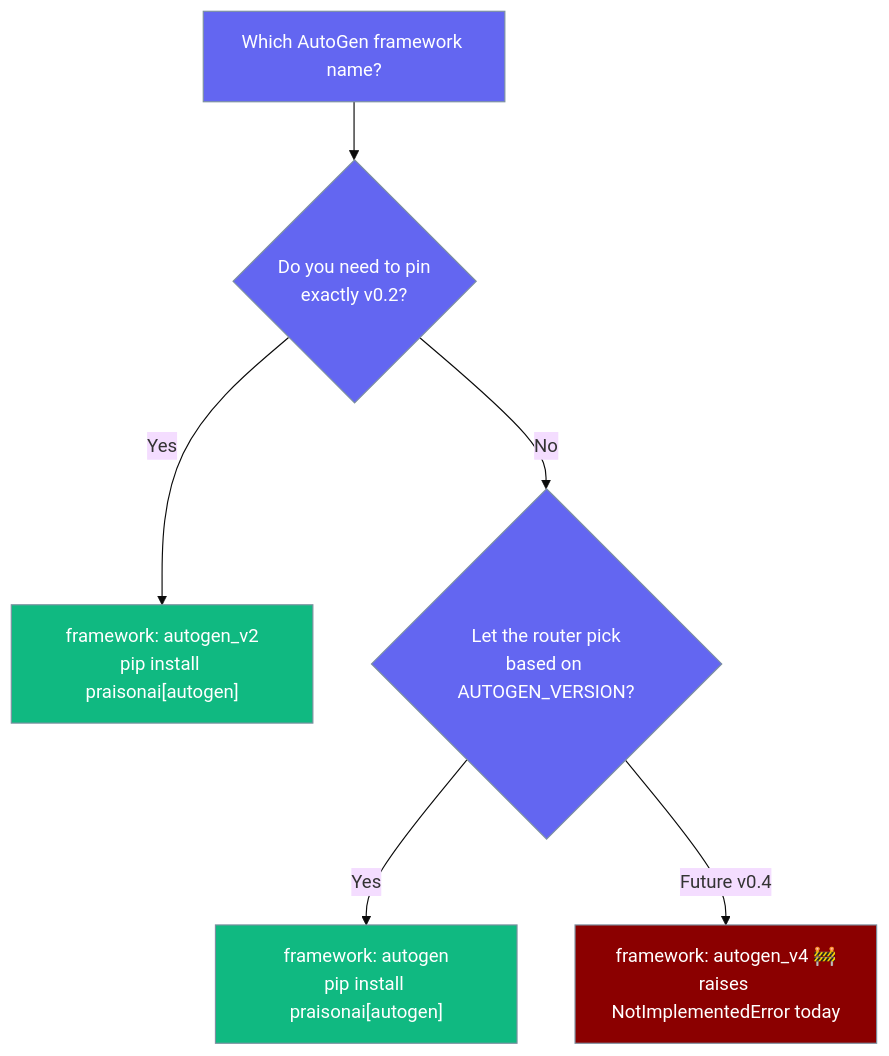
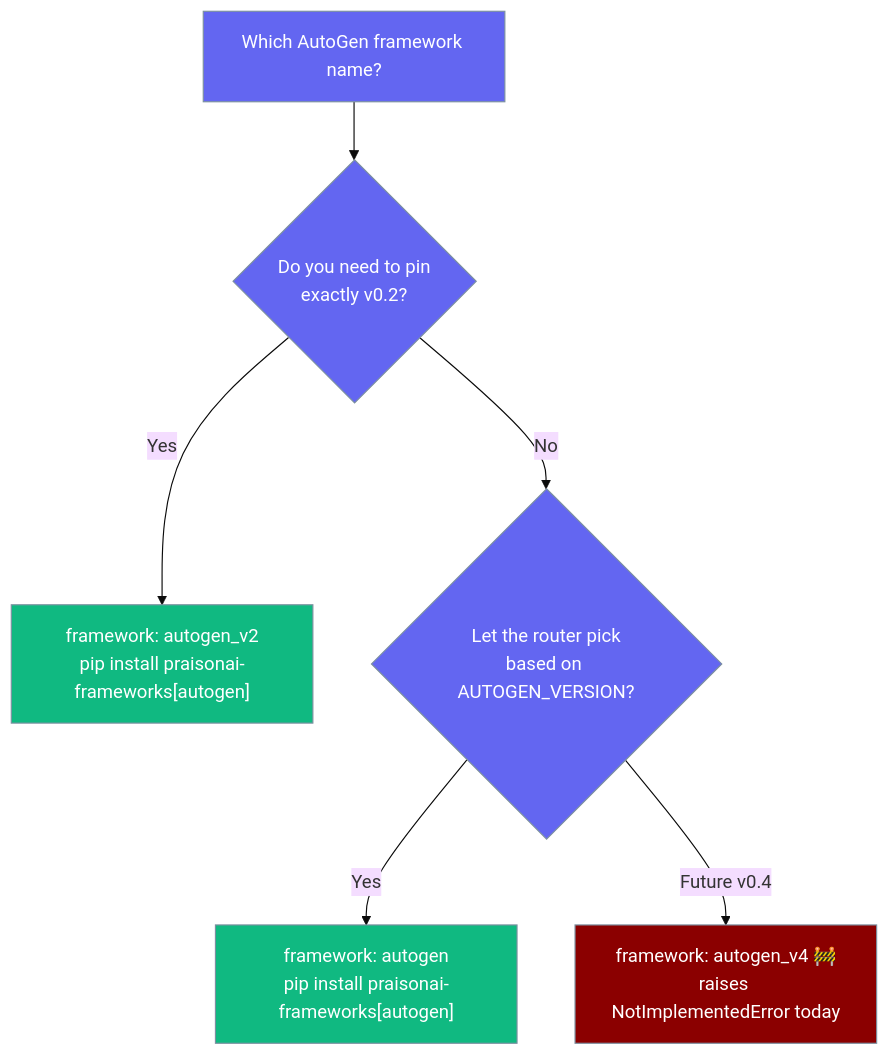
Before and after one commit to MervinPraison/PraisonAIDocs: the second of 3 diagrams in docs/framework/autogen.mdx, drawn with Mermaid (base theme). The commit also changed other lines of this file and 9 other files, not shown here.

First line of the commit message:
docs: update stale praisonai[...] install hints to praisonai-frameworks[...] (fixes #1244)

````diff
--- a/docs/framework/autogen.mdx
+++ b/docs/framework/autogen.mdx
@@ -43,16 +43,16 @@
 ```mermaid
 graph TB
     Start[Which AutoGen framework name?] --> Q1{Do you need to pin<br/>exactly v0.2?}
-    Q1 -->|Yes| A1["framework: autogen_v2<br/>pip install praisonai[autogen]"]
+    Q1 -->|Yes| A1["framework: autogen_v2<br/>pip install praisonai-frameworks[autogen]"]
     Q1 -->|No| Q2{Let the router pick<br/>based on AUTOGEN_VERSION?}
-    Q2 -->|Yes| A2["framework: autogen<br/>pip install praisonai[autogen]"]
+    Q2 -->|Yes| A2["framework: autogen<br/>pip install praisonai-frameworks[autogen]"]
     Q2 -->|Future v0.4| A3["framework: autogen_v4 🚧<br/>raises NotImplementedError today"]
 
     classDef question fill:#6366F1,stroke:#7C90A0,color:#fff
     classDef answer fill:#10B981,stroke:#7C90A0,color:#fff
     classDef stub fill:#8B0000,stroke:#7C90A0,color:#fff
 
     class Start,Q1,Q2 question
     class A1,A2 answer
     class A3 stub
 ```
````
